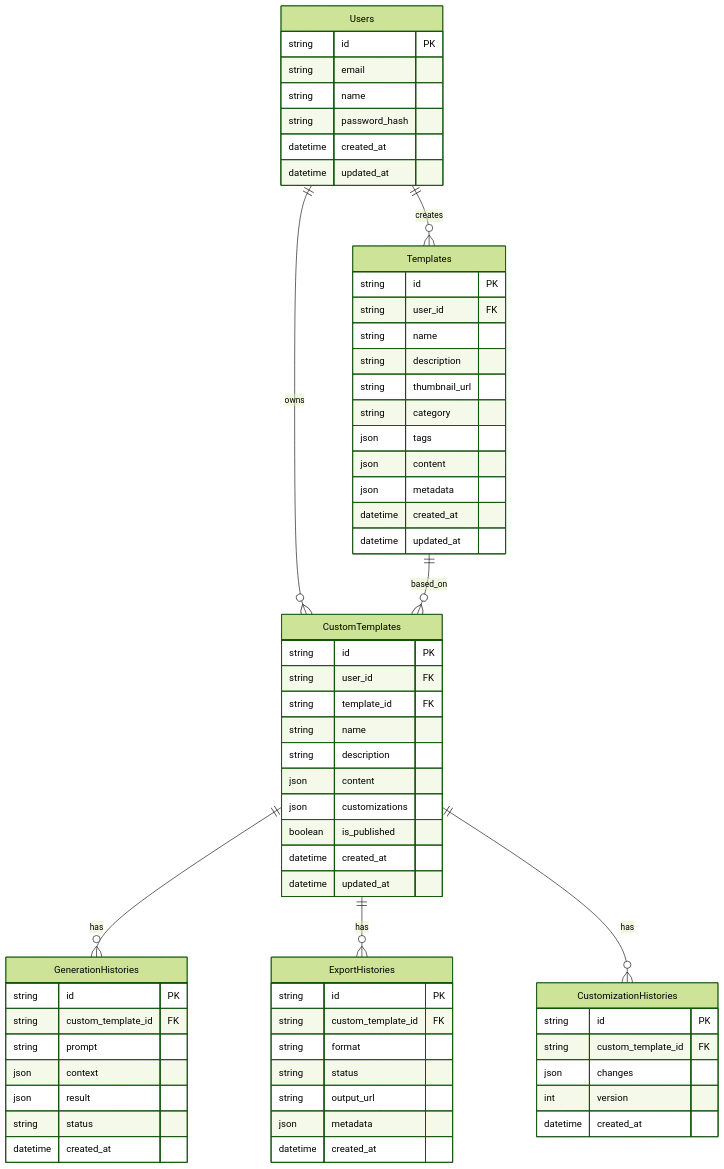
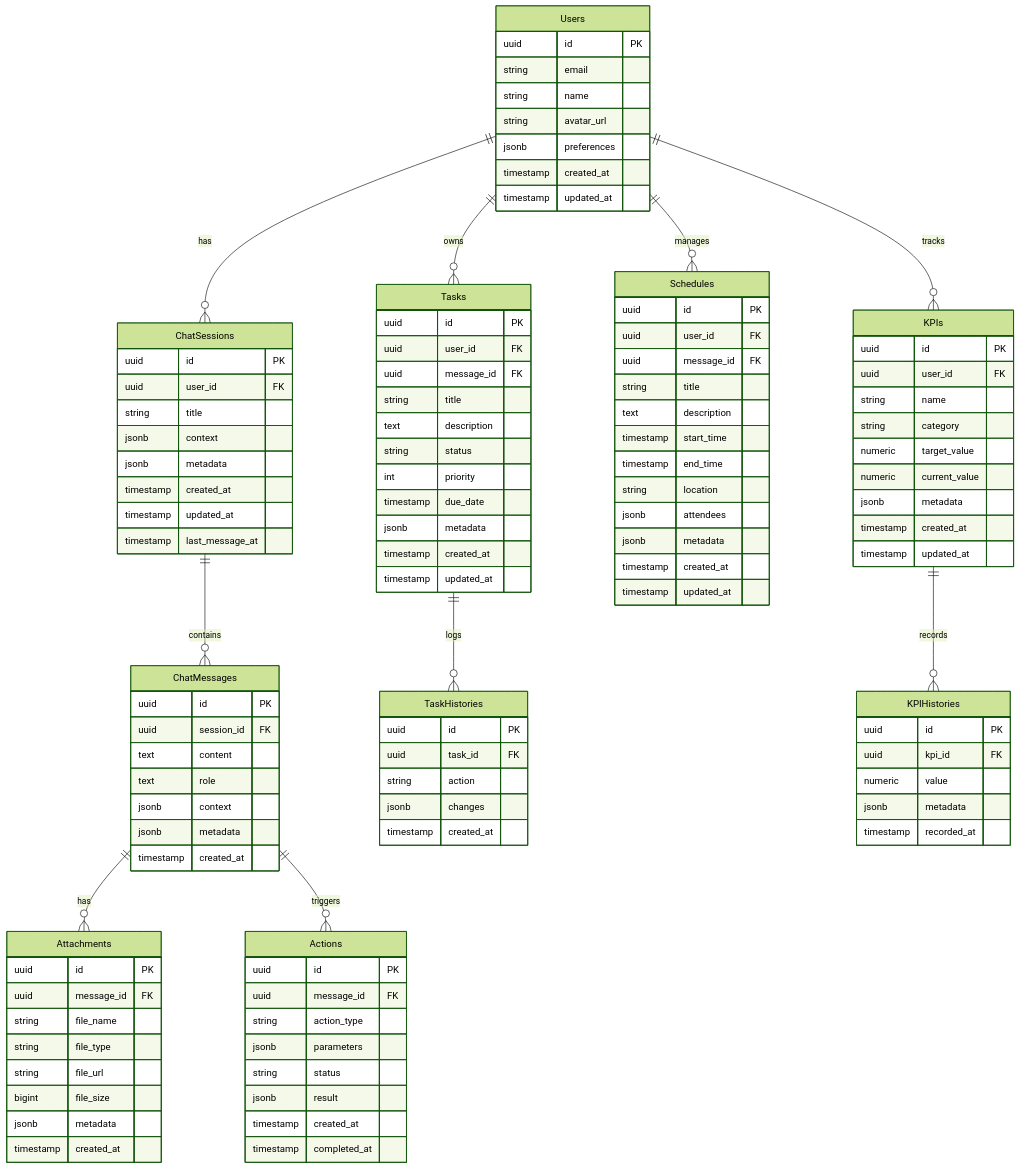
One commit to yu-Yoshiaki/coo-maeda changed the diagram in docs/DATABASE.md. Above: the diagram before and after it, drawn with Mermaid (forest theme). The commit also changed other lines of this file and 34 other files, not shown here.

````diff
--- a/docs/DATABASE.md
+++ b/docs/DATABASE.md
@@ -5,73 +5,122 @@
 ```mermaid
 erDiagram
-    Users ||--o{ Templates : creates
-    Users ||--o{ CustomTemplates : owns
-    Templates ||--o{ CustomTemplates : based_on
-    CustomTemplates ||--o{ GenerationHistories : has
-    CustomTemplates ||--o{ ExportHistories : has
-    CustomTemplates ||--o{ CustomizationHistories : has
+    Users ||--o{ ChatSessions : has
+    Users ||--o{ Tasks : owns
+    Users ||--o{ Schedules : manages
+    Users ||--o{ KPIs : tracks
+    ChatSessions ||--o{ ChatMessages : contains
+    ChatMessages ||--o{ Attachments : has
+    ChatMessages ||--o{ Actions : triggers
+    Tasks ||--o{ TaskHistories : logs
+    KPIs ||--o{ KPIHistories : records
 
     Users {
-        string id PK
+        uuid id PK
         string email
         string name
-        string password_hash
-        datetime created_at
-        datetime updated_at
+        string avatar_url
+        jsonb preferences
+        timestamp created_at
+        timestamp updated_at
     }
 
-    Templates {
-        string id PK
-        string user_id FK
-        string name
-        string description
-        string thumbnail_url
-        string category
-        json tags
-        json content
-        json metadata
-        datetime created_at
-        datetime updated_at
+    ChatSessions {
+        uuid id PK
+        uuid user_id FK
+        string title
+        jsonb context
+        jsonb metadata
+        timestamp created_at
+        timestamp updated_at
+        timestamp last_message_at
     }
 
-    CustomTemplates {
-        string id PK
-        string user_id FK
-        string template_id FK
-        string name
-        string description
-        json content
-        json customizations
-        boolean is_published
-        datetime created_at
-        datetime updated_at
+    ChatMessages {
+        uuid id PK
+        uuid session_id FK
+        text content
+        text role
+        jsonb context
+        jsonb metadata
+        timestamp created_at
     }
 
-    GenerationHistories {
-        string id PK
-        string custom_template_id FK
-        string prompt
-        json context
-        json result
+    Actions {
+        uuid id PK
+        uuid message_id FK
+        string action_type
+        jsonb parameters
         string status
-        datetime created_at
+        jsonb result
+        timestamp created_at
+        timestamp completed_at
     }
 
-    CustomizationHistories {
-        string id PK
-        string custom_template_id FK
-        json changes
-        int version
-        datetime created_at
+    Tasks {
+        uuid id PK
+        uuid user_id FK
+        uuid message_id FK
+        string title
+        text description
+        string status
+        int priority
+        timestamp due_date
+        jsonb metadata
+        timestamp created_at
+        timestamp updated_at
     }
 
-    ExportHistories {
-        string id PK
-        string custom_template_id FK
-        string format
-        string status
-        string output_url
-        json metadata
-        datetime created_at
+    TaskHistories {
+        uuid id PK
+        uuid task_id FK
+        string action
+        jsonb changes
+        timestamp created_at
+    }
+
+    Schedules {
+        uuid id PK
+        uuid user_id FK
+        uuid message_id FK
+        string title
+        text description
+        timestamp start_time
+        timestamp end_time
+        string location
+        jsonb attendees
+        jsonb metadata
+        timestamp created_at
+        timestamp updated_at
+    }
+
+    KPIs {
+        uuid id PK
+        uuid user_id FK
+        string name
+        string category
+        numeric target_value
+        numeric current_value
+        jsonb metadata
+        timestamp created_at
+        timestamp updated_at
+    }
+
+    KPIHistories {
+        uuid id PK
+        uuid kpi_id FK
+        numeric value
+        jsonb metadata
+        timestamp recorded_at
+    }
+
+    Attachments {
+        uuid id PK
+        uuid message_id FK
+        string file_name
+        string file_type
+        string file_url
+        bigint file_size
+        jsonb metadata
+        timestamp created_at
     }
 ```
````
